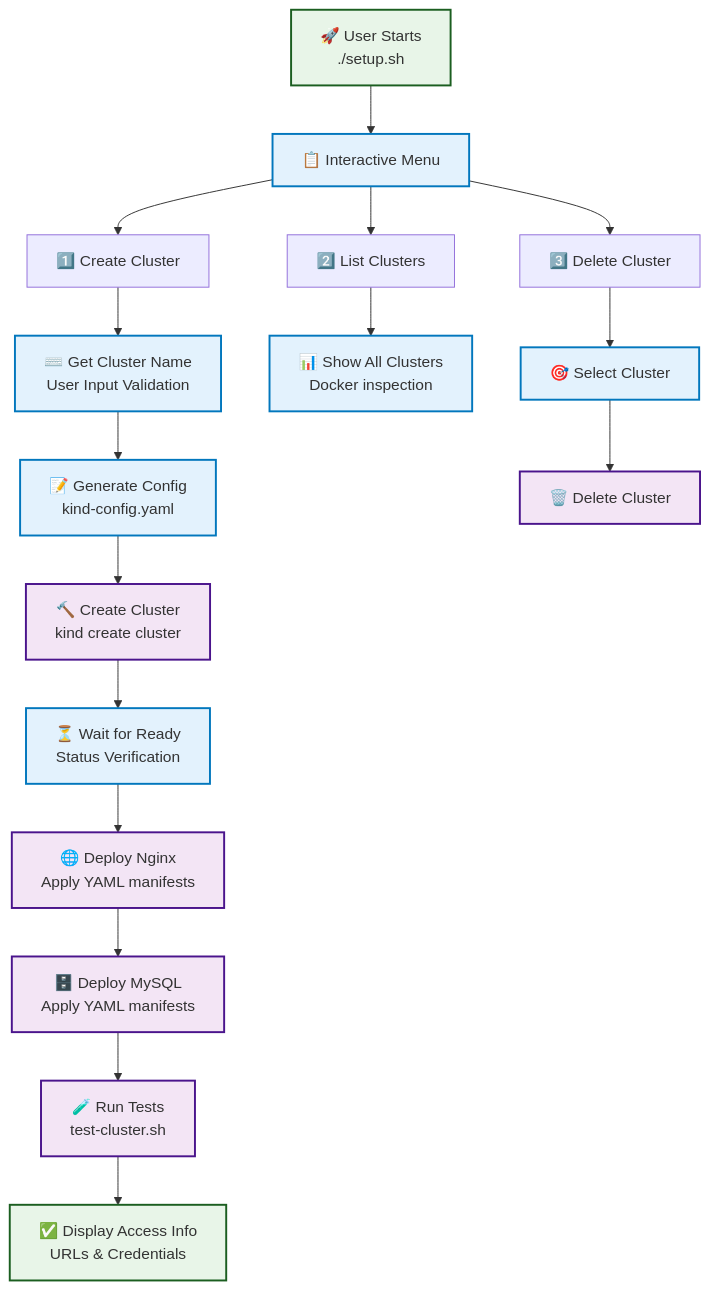
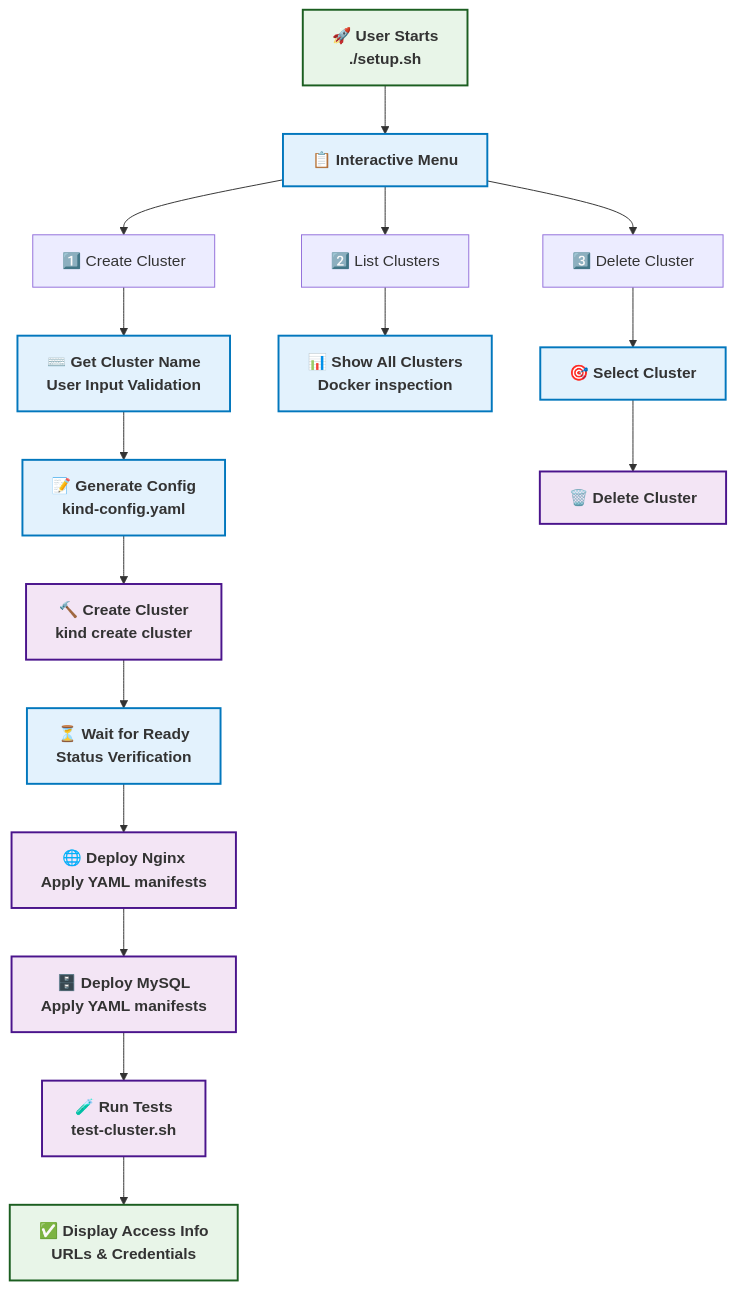
One commit to msreekanth02/kind-kubernetes-cluster-manager changed the third of 9 diagrams in ARCHITECTURE.md. Above: the diagram before and after it, drawn with Mermaid. The commit also changed other lines of this file, not shown here.

First line of the commit message:
🎨 Enhance all Mermaid diagrams with improved typography

````diff
--- a/ARCHITECTURE.md
+++ b/ARCHITECTURE.md
@@ -89,28 +89,28 @@
 ```mermaid
 flowchart TD
     START["🚀 User Starts<br/>./setup.sh"] --> MENU["📋 Interactive Menu"]
     
     MENU --> OPT1["1️⃣ Create Cluster"]
     MENU --> OPT2["2️⃣ List Clusters"] 
     MENU --> OPT3["3️⃣ Delete Cluster"]
     
     OPT1 --> INPUT["⌨️ Get Cluster Name<br/>User Input Validation"]
     INPUT --> GENERATE["📝 Generate Config<br/>kind-config.yaml"]
     GENERATE --> CREATE["🔨 Create Cluster<br/>kind create cluster"]
     CREATE --> WAIT["⏳ Wait for Ready<br/>Status Verification"]
     WAIT --> NGINX["🌐 Deploy Nginx<br/>Apply YAML manifests"]
     NGINX --> MYSQL["🗄️ Deploy MySQL<br/>Apply YAML manifests"]
     MYSQL --> TEST["🧪 Run Tests<br/>test-cluster.sh"]
     TEST --> ACCESS["✅ Display Access Info<br/>URLs & Credentials"]
     
     OPT2 --> LIST["📊 Show All Clusters<br/>Docker inspection"]
     OPT3 --> SELECT["🎯 Select Cluster"] --> DELETE["🗑️ Delete Cluster"]
     
-    classDef start fill:#e8f5e8,stroke:#1b5e20,stroke-width:2px
-    classDef process fill:#e3f2fd,stroke:#0277bd,stroke-width:2px
-    classDef action fill:#f3e5f5,stroke:#4a148c,stroke-width:2px
+    classDef start fill:#e8f5e8,stroke:#1b5e20,stroke-width:2px,font-size:16px,font-weight:bold
+    classDef process fill:#e3f2fd,stroke:#0277bd,stroke-width:2px,font-size:16px,font-weight:bold
+    classDef action fill:#f3e5f5,stroke:#4a148c,stroke-width:2px,font-size:16px,font-weight:bold
     
     class START,ACCESS start
     class MENU,INPUT,GENERATE,WAIT,LIST,SELECT process
     class CREATE,NGINX,MYSQL,TEST,DELETE action
 ```
````
